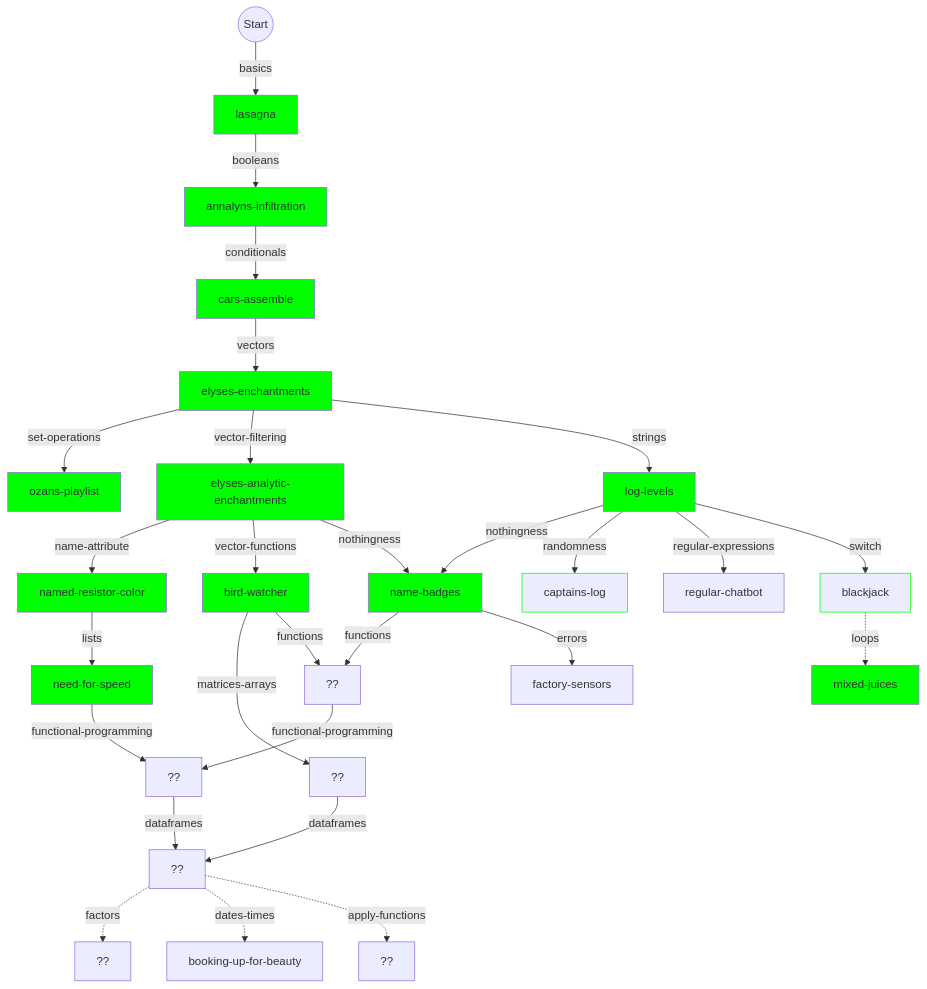
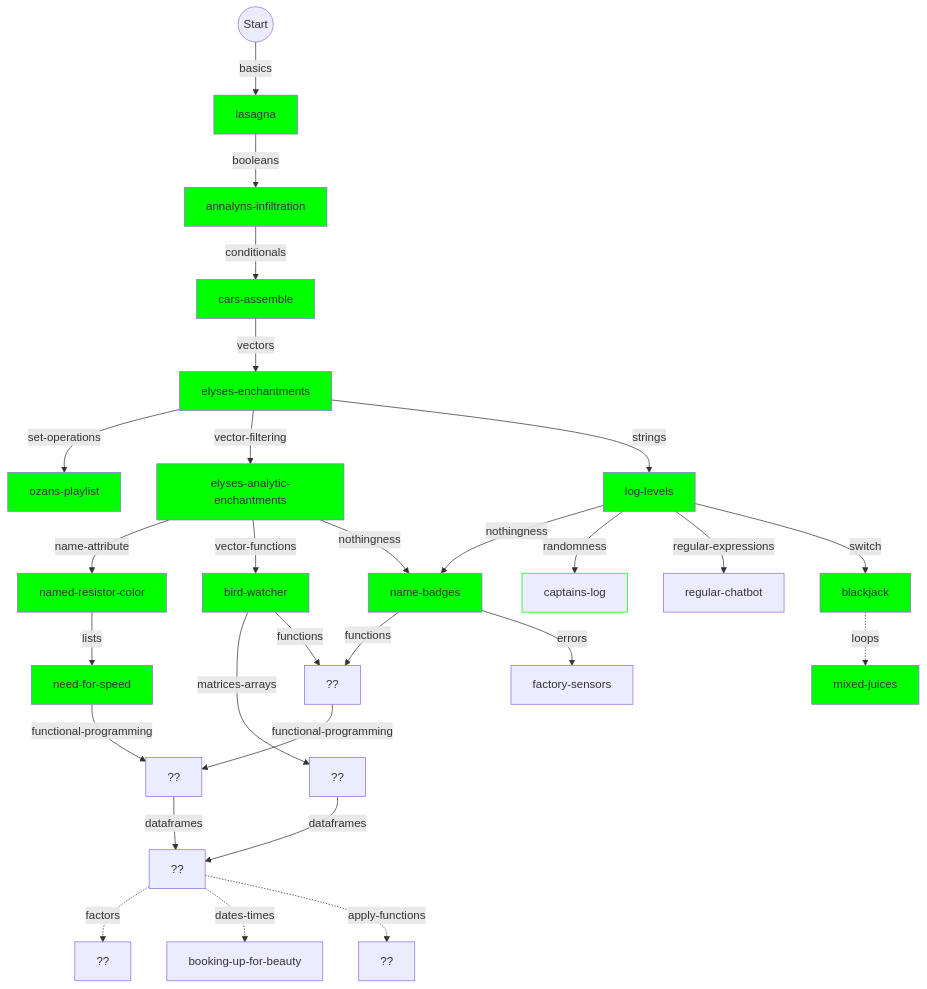
One commit to colinleach/learning-track-doodles changed the first of 2 diagrams in r/flowchart.md. Above: the diagram before and after it, drawn with Mermaid. The commit also changed other lines of this file and 4 other files, not shown here.

````diff
--- a/r/flowchart.md
+++ b/r/flowchart.md
@@ -10,70 +10,70 @@
 ```mermaid
 graph TD
     
 start(("Start")) --basics--> basics["lasagna"]
 style basics fill:#0f0
 
 basics --booleans--> booleans["annalyns-infiltration"]
 style booleans fill:#0f0
 
 booleans --conditionals--> conditionals["cars-assemble"]
 style conditionals fill:#0f0
 
 conditionals --vectors--> vectors["elyses-enchantments"]
 style vectors fill:#0f0
 
 switch -.loops.-> loops["mixed-juices"]
 style loops fill:#0f0
 
 vectors --set-operations--> set-operations["ozans-playlist"]
 style set-operations fill:#0f0
 
 name-attribute --lists--> lists["need-for-speed"]
 style lists fill:#0f0
 
 vectors --vector-filtering--> vector-filtering["elyses-analytic-enchantments"]
 style vector-filtering fill:#0f0
 
 vector-filtering --name-attribute--> name-attribute["named-resistor-color"]
 style name-attribute fill:#0f0
 
 vector-filtering --vector-functions--> vector-functions["bird-watcher"]
 style vector-functions fill:#0f0
 
 vectors --strings--> strings["log-levels"]
 style strings fill:#0f0
 
 vector-filtering --nothingness--> nothingness["name-badges"]
 strings --nothingness--> nothingness["name-badges"]
 style nothingness fill:#0f0
 
 strings --randomness--> randomness["captains-log"]
 style randomness stroke:#0f0
 
 strings --regular-expressions--> regular-expressions["regular-chatbot"]
 
 strings --switch--> switch["blackjack"]
-style switch stroke:#0f0
+style switch fill:#0f0
 
 lists --functional-programming--> functional-programming["??"]
 
 functions --functional-programming--> functional-programming["??"]
 
 vector-functions --matrices-arrays--> matrices-arrays["??"]
 
 functional-programming --dataframes--> dataframes["??"]
 
 matrices-arrays --dataframes--> dataframes
 
 dataframes -.factors.-> factors["??"]
 
 dataframes -.dates-times.-> dates-times["booking-up-for-beauty"]
 
 dataframes -.apply-functions.-> apply-functions["??"]
 
 vector-functions --functions--> functions["??"]
 nothingness --functions--> functions["??"]
 
 nothingness --errors--> errors["factory-sensors "]
 
 ```
````
